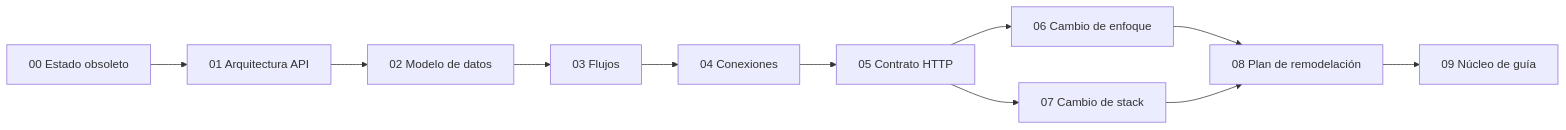
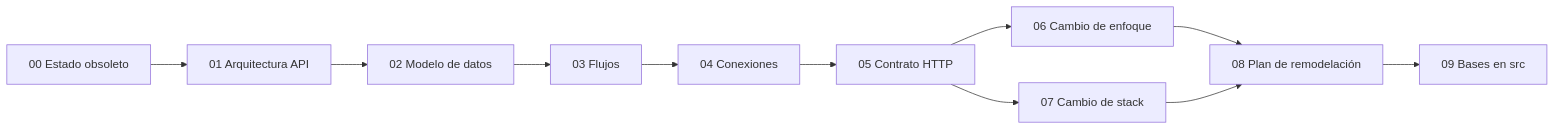
Before and after one commit to julianmeoficial/minimalecommerceapi: the diagram in docs/README.md, drawn with Mermaid. The commit also changed other lines of this file and 37 other files, not shown here.

````diff
--- a/docs/README.md
+++ b/docs/README.md
@@ -5,24 +5,24 @@
 ```mermaid
 flowchart LR
   Obs["00 Estado obsoleto"]
   Arch["01 Arquitectura API"]
   Data["02 Modelo de datos"]
   Flow["03 Flujos"]
   Conn["04 Conexiones"]
   Api["05 Contrato HTTP"]
   Enf["06 Cambio de enfoque"]
   Stk["07 Cambio de stack"]
   Plan["08 Plan de remodelación"]
-  Nucleo["09 Núcleo de guía"]
+  Nucleo["09 Bases en src"]
 
   Obs --> Arch
   Arch --> Data
   Data --> Flow
   Flow --> Conn
   Conn --> Api
   Api --> Enf
   Api --> Stk
   Enf --> Plan
   Stk --> Plan
   Plan --> Nucleo
 ```
````
